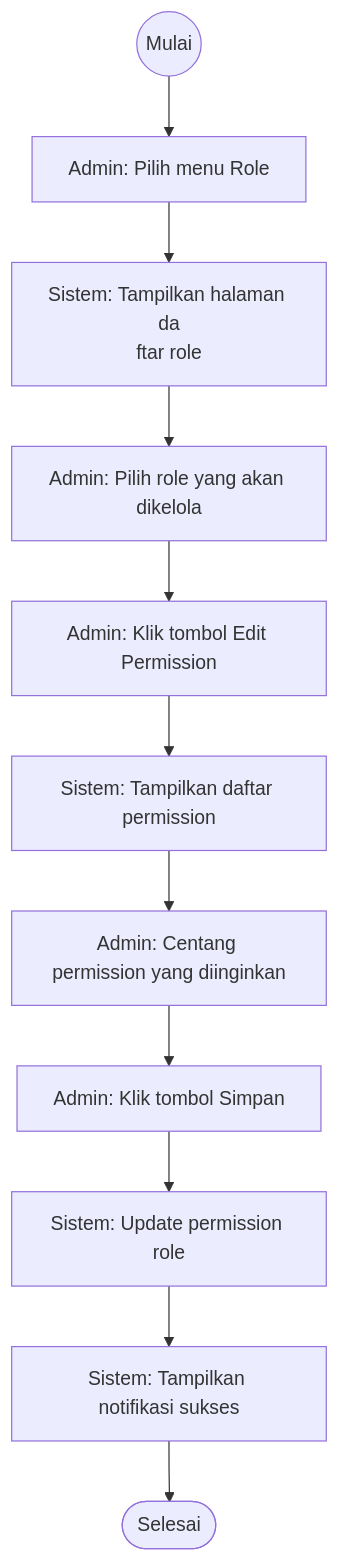
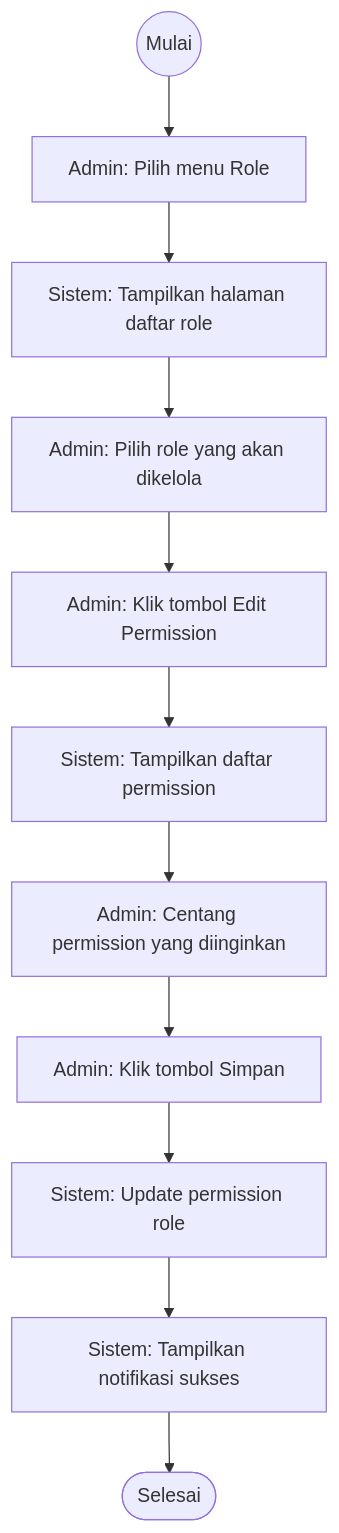
One commit to devWebs01/POS-DW changed diagram 16 of 40 in docs/4.2-perancangan-sistem.md. Above: the diagram before and after it, drawn with Mermaid. The commit also changed other lines of this file, not shown here.

First line of the commit message:
fix: repair 14 broken mermaid diagrams (split arrows & multiline labels)

````diff
--- a/docs/4.2-perancangan-sistem.md
+++ b/docs/4.2-perancangan-sistem.md
@@ -1383,24 +1378,23 @@
 ```mermaid
 flowchart TD
   start((Mulai))
   A_A["Admin: Pilih menu Role"]
   start --> A_A
-  S_A["Sistem: Tampilkan halaman da
-ftar role"]
+  S_A["Sistem: Tampilkan halaman daftar role"]
   A_A --> S_A
   A_B["Admin: Pilih role yang akan dikelola"]
   S_A --> A_B
   A_C["Admin: Klik tombol Edit Permission"]
   A_B --> A_C
   S_B["Sistem: Tampilkan daftar permission"]
   A_C --> S_B
   A_D["Admin: Centang permission yang diinginkan"]
   S_B --> A_D
   A_E["Admin: Klik tombol Simpan"]
   A_D --> A_E
   S_C["Sistem: Update permission role"]
   A_E --> S_C
   S_D["Sistem: Tampilkan notifikasi sukses"]
   S_C --> S_D
   S_D --> end_success([Selesai])
 ```
````
